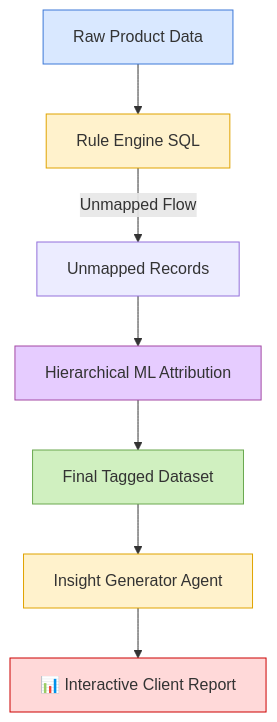
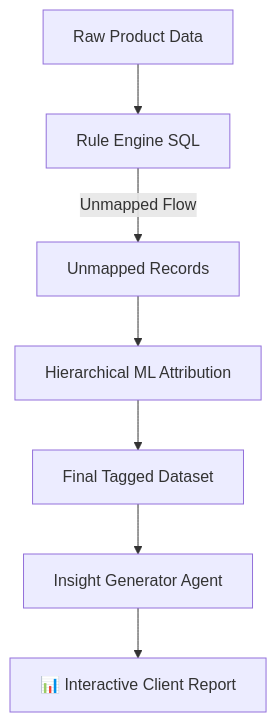
The diagram in Readme.md (Raja0098/Client-Centric-Product-Attribution-Engine), drawn with Mermaid before and after one commit.

````diff
--- a/Readme.md
+++ b/Readme.md
@@ -59,28 +59,22 @@
 ```mermaid
 graph TD
     %% Define Nodes
     A[Raw Product Data]
     B[Rule Engine SQL]
     C[Unmapped Records]
     D[Hierarchical ML Attribution]
     E[Final Tagged Dataset]
     F[Insight Generator Agent]
     G[📊 Interactive Client Report]
 
     %% Define Flow
     A --> B
     B -- Unmapped Flow --> C
     C --> D
     D --> E
     E --> F
     F --> G
 
-    %% Apply Styles for clarity
-    style A fill:#D9E8FF,stroke:#3C78D8
-    style B fill:#FFF2CC,stroke:#E0A300
-    style D fill:#E6CCFF,stroke:#A349A4
-    style E fill:#D0F0C0,stroke:#6AA84F
-    style F fill:#FFF2CC,stroke:#E0A300
-    style G fill:#FFD9D9,stroke:#CC0000
+
 
 ```
````
